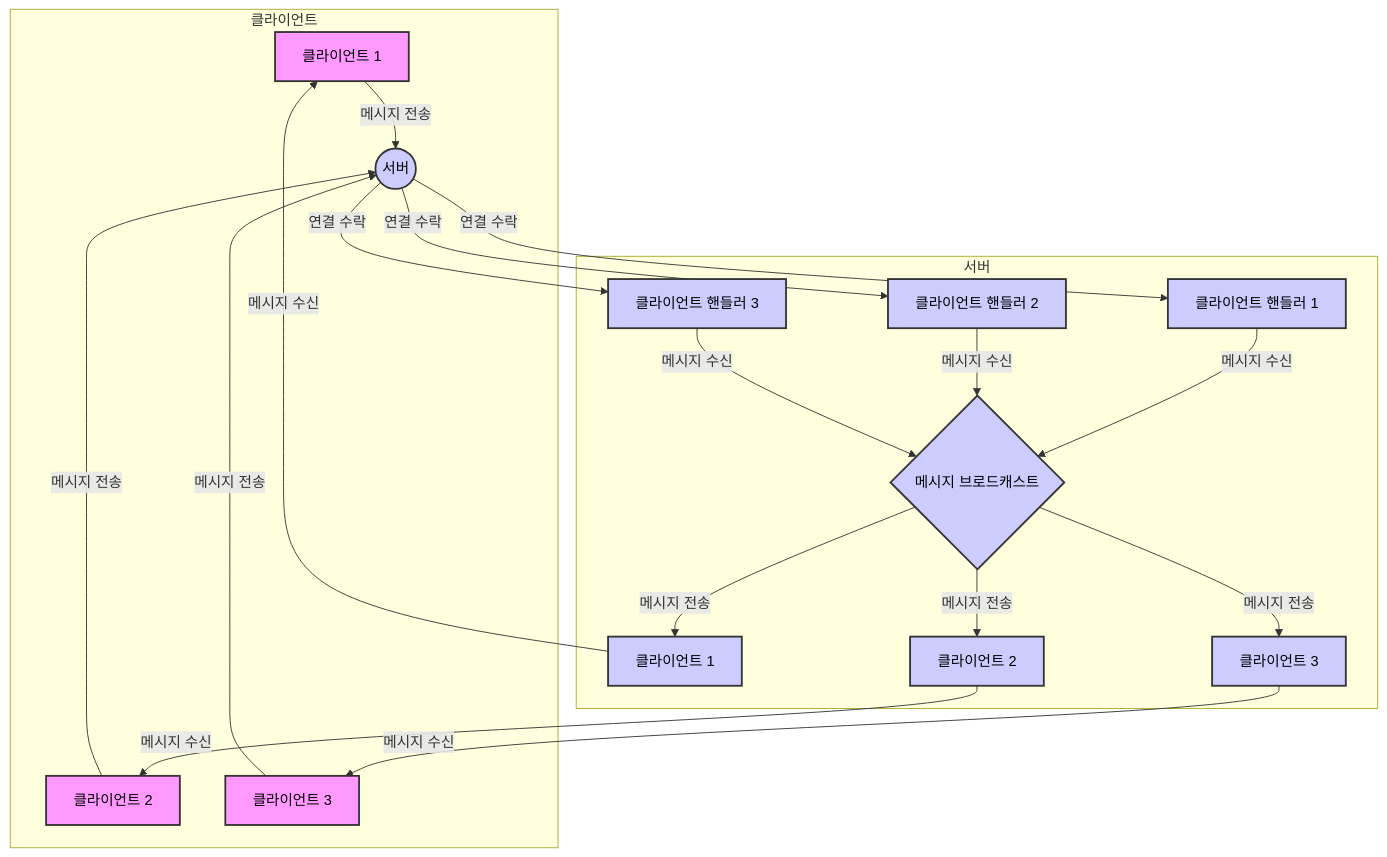
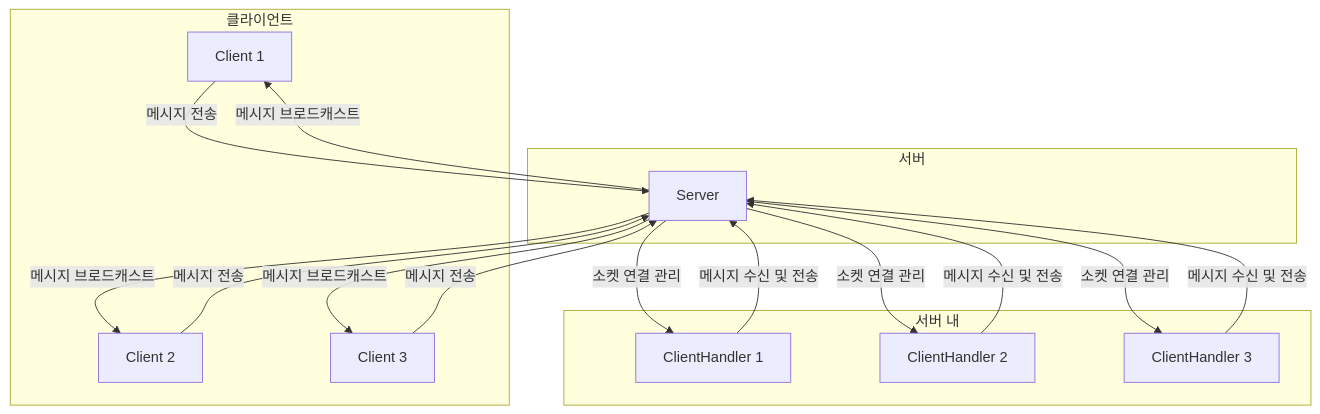
Before and after one commit to JAEKWANG97/MultiThreadChat: the diagram in README.md, drawn with Mermaid. The commit also changed other lines of this file, not shown here.

````diff
--- a/README.md
+++ b/README.md
@@ -34,32 +103,30 @@
 ```mermaid
 graph TD
+    A[Client 1] -->|메시지 전송| B[Server]
+    A1[Client 2] -->|메시지 전송| B
+    A2[Client 3] -->|메시지 전송| B
+    B -->|메시지 브로드캐스트| A
+    B -->|메시지 브로드캐스트| A1
+    B -->|메시지 브로드캐스트| A2
     subgraph 클라이언트
-    A[클라이언트 1] -->|메시지 전송| B
-    C[클라이언트 2] -->|메시지 전송| B
-    D[클라이언트 3] -->|메시지 전송| B
+        A
+        A1
+        A2
     end
-
     subgraph 서버
-    B((서버)) -->|연결 수락| E[클라이언트 핸들러 1]
-    B -->|연결 수락| F[클라이언트 핸들러 2]
-    B -->|연결 수락| G[클라이언트 핸들러 3]
-
-    E -->|메시지 수신| H{메시지 브로드캐스트}
-    F -->|메시지 수신| H
-    G -->|메시지 수신| H
-
-    H -->|메시지 전송| I[클라이언트 1]
-    H -->|메시지 전송| J[클라이언트 2]
-    H -->|메시지 전송| K[클라이언트 3]
+        B
     end
-
-    I -->|메시지 수신| A
-    J -->|메시지 수신| C
-    K -->|메시지 수신| D
-
-    classDef 클라이언트 fill:#f9f,stroke:#333,stroke-width:2px, color:black;
-    classDef 서버 fill:#ccf,stroke:#333,stroke-width:2px, color:black;
-    class A,C,D 클라이언트;
-    class B,E,F,G,H,I,J,K 서버;
+    B -->|소켓 연결 관리| C[ClientHandler 1]
+    B -->|소켓 연결 관리| C1[ClientHandler 2]
+    B -->|소켓 연결 관리| C2[ClientHandler 3]
+    subgraph 서버 내
+        B
+        C
+        C1
+        C2
+    end
+    C -->|메시지 수신 및 전송| B
+    C1 -->|메시지 수신 및 전송| B
+    C2 -->|메시지 수신 및 전송| B
 
 ```
````
